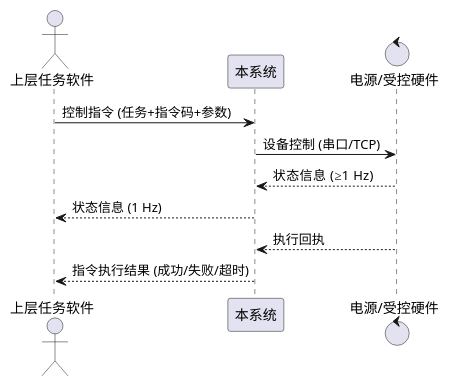
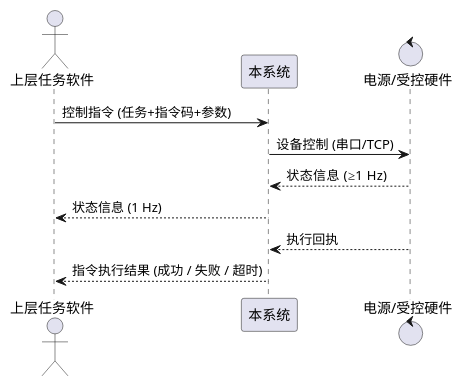
One commit to cppshooter/cursor changed the diagram in 方案/05-性能与接口设计方案.md. Above: the diagram before and after it, drawn with PlantUML. The commit also changed other lines of this file and 6 other files, not shown here.

````diff
--- a/方案/05-性能与接口设计方案.md
+++ b/方案/05-性能与接口设计方案.md
@@ -94,14 +116,14 @@
 ```plantuml
 @startuml
 actor "上层任务软件" as Upper
 participant "本系统" as Sys
 control "电源/受控硬件" as HW
 
 Upper -> Sys : 控制指令 (任务+指令码+参数)
 Sys -> HW : 设备控制 (串口/TCP)
 HW --> Sys : 状态信息 (≥1 Hz)
 Sys --> Upper : 状态信息 (1 Hz)
 HW --> Sys : 执行回执
-Sys --> Upper : 指令执行结果 (成功/失败/超时)
+Sys --> Upper : 指令执行结果 (成功 / 失败 / 超时)
 @enduml
 ```
````
